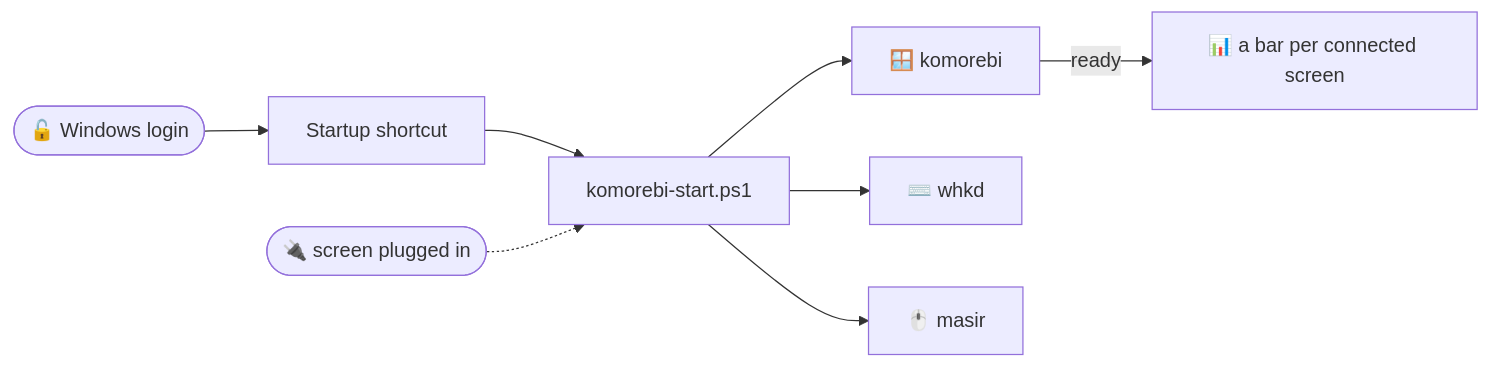
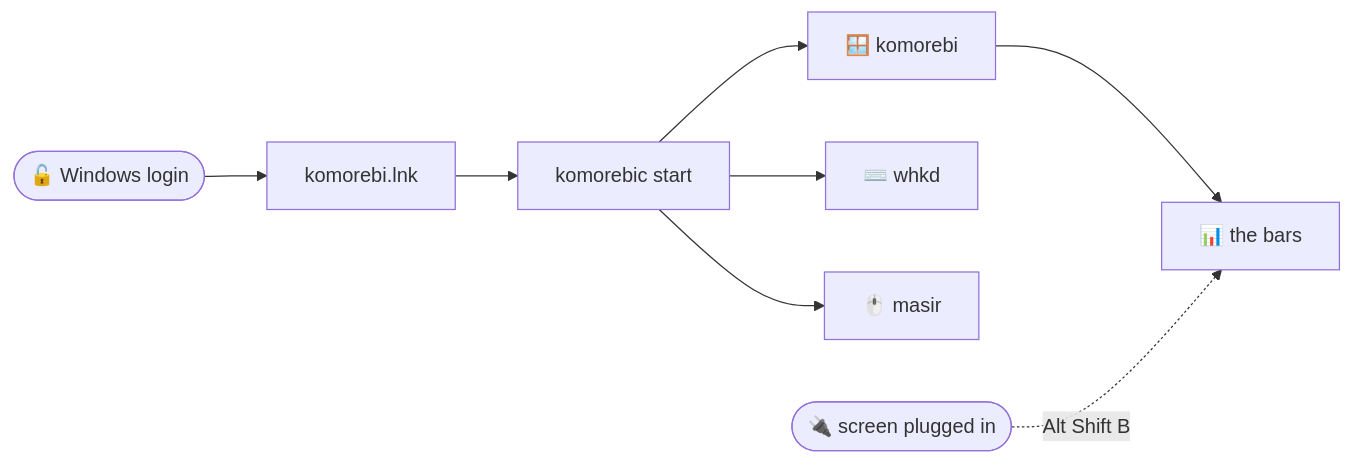
Before and after one commit to bewithsnehasish/dotfiles-windows: the second of 3 diagrams in README.md, drawn with Mermaid. The commit also changed other lines of this file and 3 other files, not shown here.

````diff
--- a/README.md
+++ b/README.md
@@ -115,9 +115,9 @@
 ```mermaid
 flowchart LR
-    login(["🔓 Windows login"]) --> lnk["Startup shortcut"] --> start["komorebi-start.ps1"]
+    login(["🔓 Windows login"]) --> lnk["komorebi.lnk"] --> start["komorebic start"]
     start --> k["🪟 komorebi"]
     start --> w["⌨️ whkd"]
     start --> m["🖱️ masir"]
-    k -- "ready" --> bar["📊 a bar per connected screen"]
-    dock(["🔌 screen plugged in"]) -.-> start
+    k --> bar["📊 the bars"]
+    dock(["🔌 screen plugged in"]) -. "Alt Shift B" .-> bar
 ```
````
